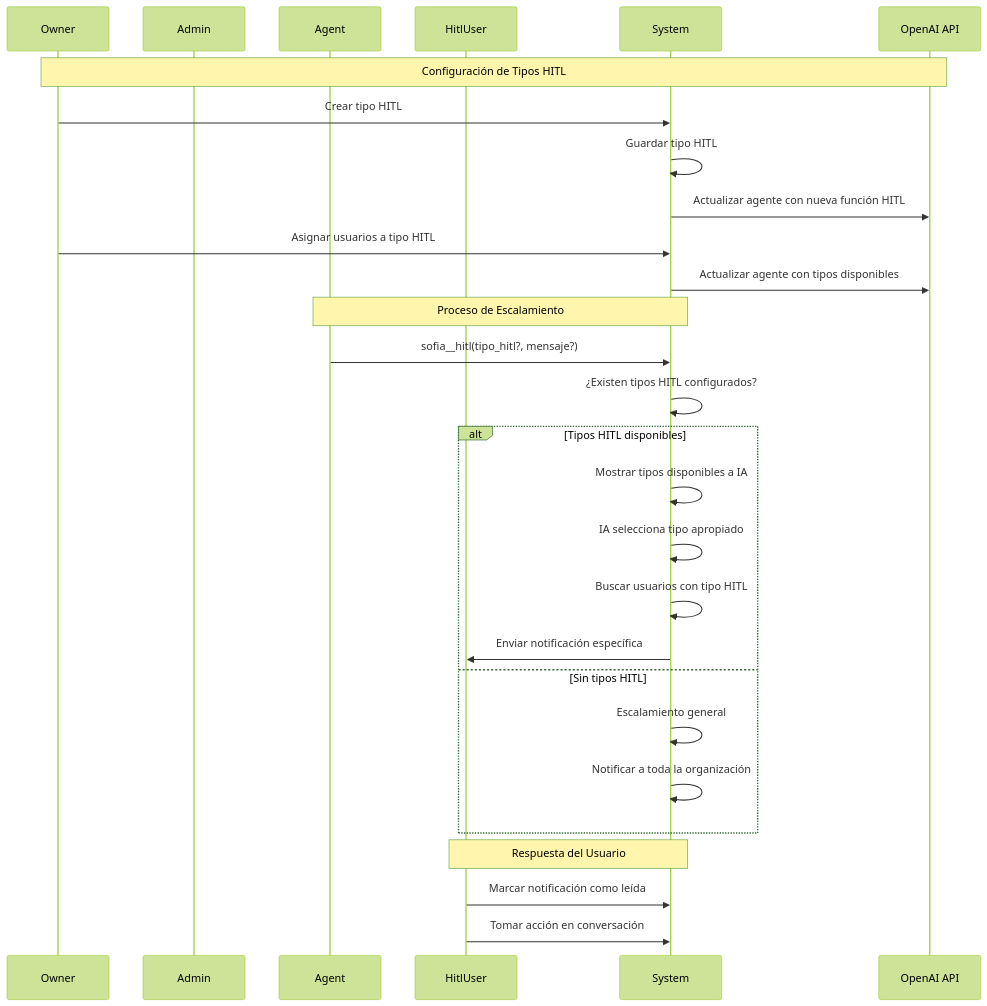
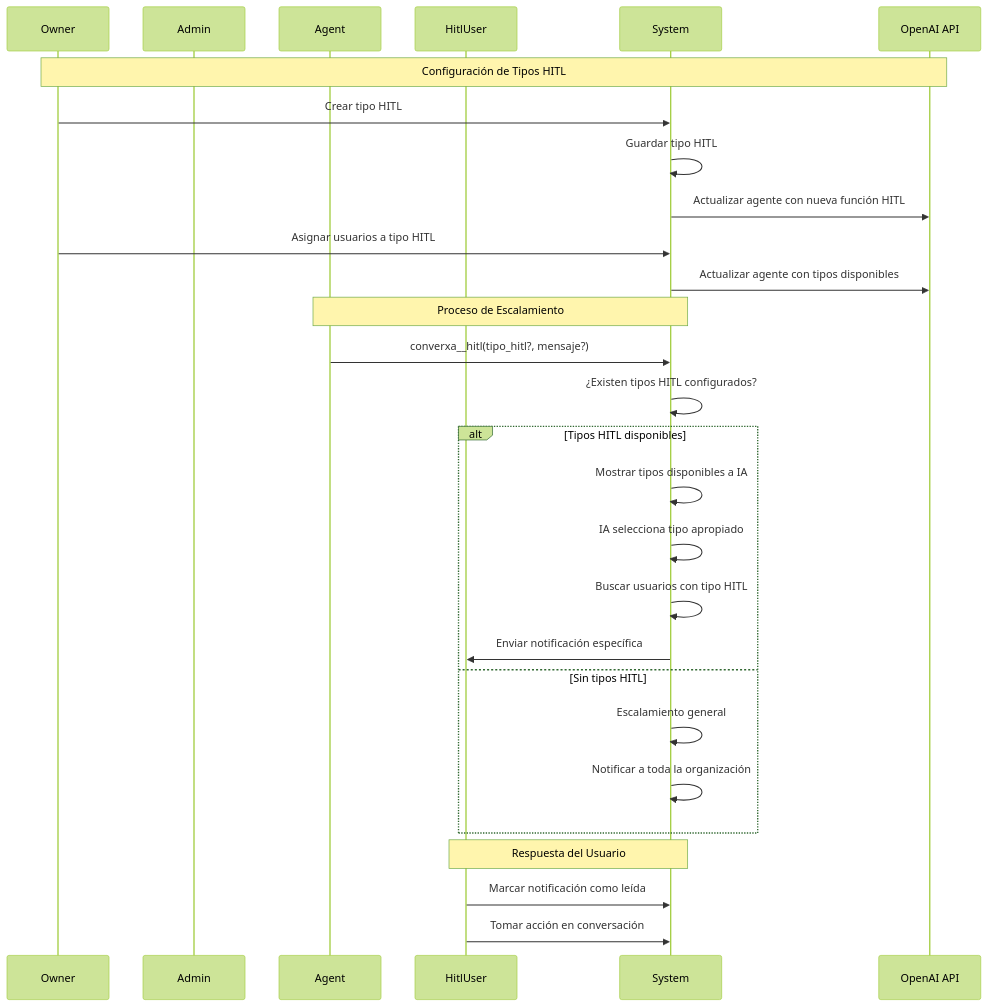
One commit to ConverxaDevTeam/chat-backend changed the diagram in docs/hitl_notifications_use_case.md. Above: the diagram before and after it, drawn with Mermaid (forest theme). The commit also changed other lines of this file and 28 other files, not shown here.

````diff
--- a/docs/hitl_notifications_use_case.md
+++ b/docs/hitl_notifications_use_case.md
@@ -8,33 +8,33 @@
 ```mermaid
 sequenceDiagram
     participant Owner
     participant Admin
     participant Agent
     participant HitlUser
     participant System
     participant OpenAI as OpenAI API
 
     Note over Owner, OpenAI: Configuración de Tipos HITL
     Owner->>System: Crear tipo HITL
     System->>System: Guardar tipo HITL
     System->>OpenAI: Actualizar agente con nueva función HITL
     Owner->>System: Asignar usuarios a tipo HITL
     System->>OpenAI: Actualizar agente con tipos disponibles
-    
+
     Note over Agent, System: Proceso de Escalamiento
-    Agent->>System: sofia__hitl(tipo_hitl?, mensaje?)
+    Agent->>System: converxa__hitl(tipo_hitl?, mensaje?)
     System->>System: ¿Existen tipos HITL configurados?
     alt Tipos HITL disponibles
         System->>System: Mostrar tipos disponibles a IA
         System->>System: IA selecciona tipo apropiado
         System->>System: Buscar usuarios con tipo HITL
         System->>HitlUser: Enviar notificación específica
     else Sin tipos HITL
         System->>System: Escalamiento general
         System->>System: Notificar a toda la organización
     end
-    
+
     Note over HitlUser, System: Respuesta del Usuario
     HitlUser->>System: Marcar notificación como leída
     HitlUser->>System: Tomar acción en conversación
 ```
````
